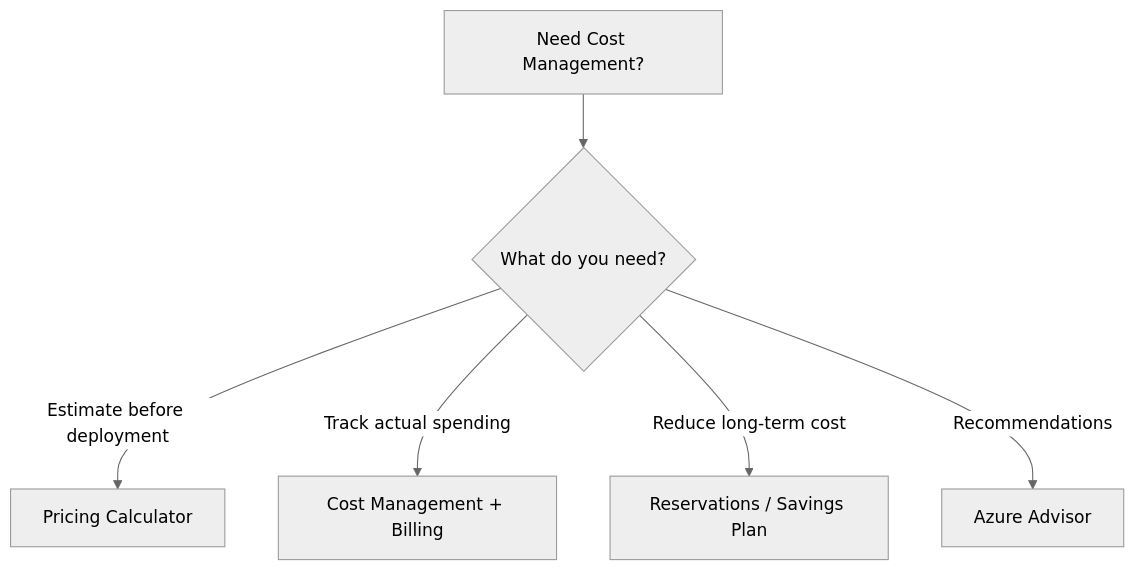
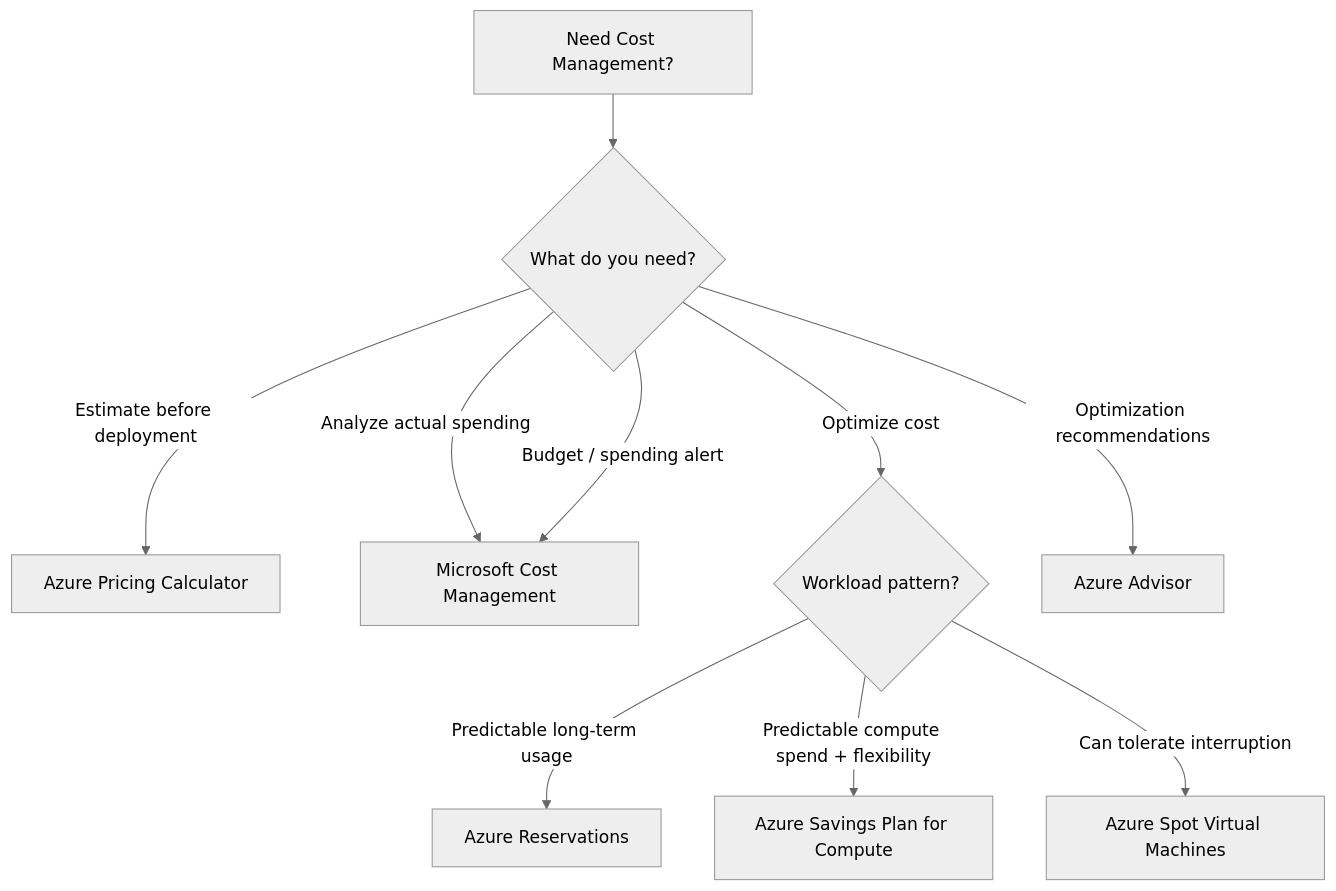
The diagram in exam/decision-trees/cost-decision-tree.md (zhyordanova/azure-fundamentals-handbook), drawn with Mermaid (neutral theme) before and after one commit. The commit also changed 1 other file, not shown here.

Commit message:
exam: update cost decision tree

````diff
--- a/exam/decision-trees/cost-decision-tree.md
+++ b/exam/decision-trees/cost-decision-tree.md
@@ -3,13 +3,21 @@
 ```mermaid
 flowchart TD
 
     A["Need Cost Management?"] --> B{"What do you need?"}
 
-    B -->|Estimate before deployment| C["Pricing Calculator"]
+    B -->|Estimate before deployment| C["Azure Pricing Calculator"]
 
-    B -->|Track actual spending| D["Cost Management + Billing"]
+    B -->|Analyze actual spending| D["Microsoft Cost Management"]
 
-    B -->|Reduce long-term cost| E["Reservations / Savings Plan"]
+    B -->|Budget / spending alert| D
 
-    B -->|Recommendations| F["Azure Advisor"]
+    B -->|Optimize cost| E{"Workload pattern?"}
+
+    E -->|Predictable long-term usage| F["Azure Reservations"]
+
+    E -->|Predictable compute spend + flexibility| G["Azure Savings Plan for Compute"]
+
+    E -->|Can tolerate interruption| H["Azure Spot Virtual Machines"]
+
+    B -->|Optimization recommendations| I["Azure Advisor"]
 ```
````
